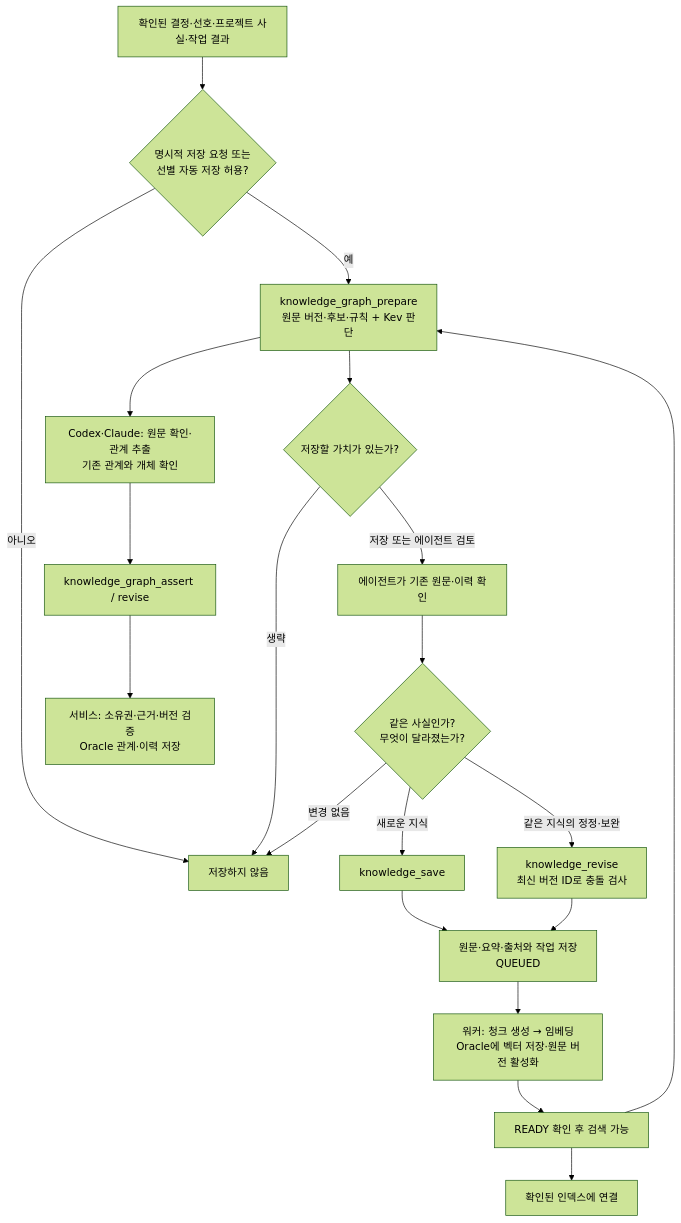
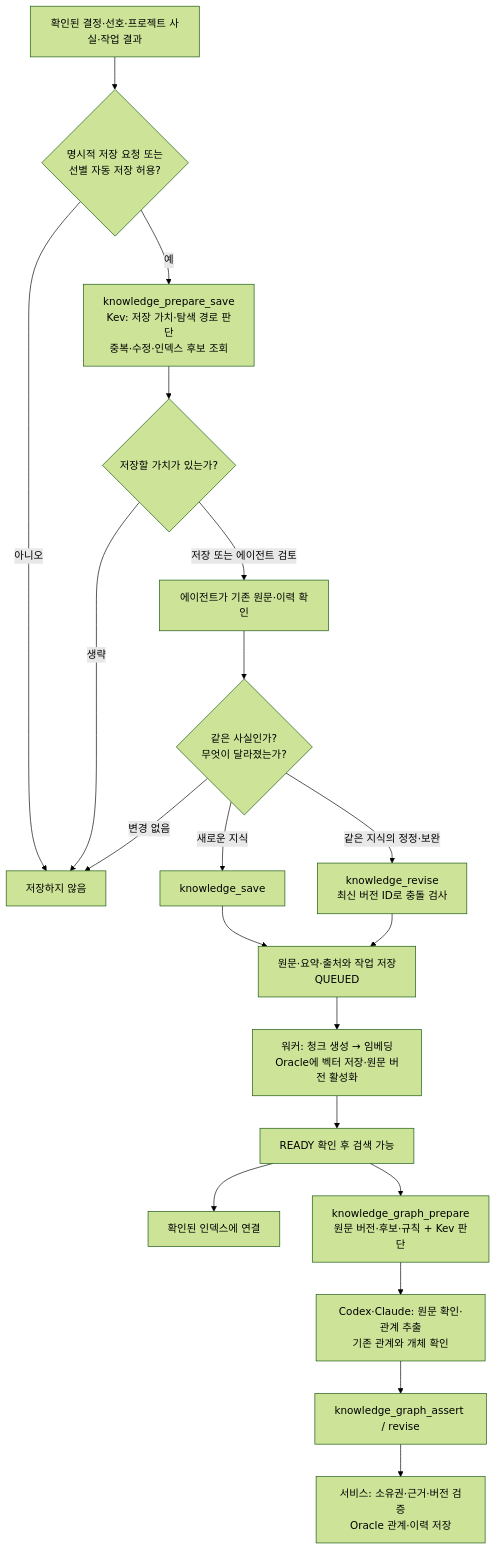
The second of 3 diagrams in README.md (devmrko/adb-agent-knowledge), drawn with Mermaid (forest theme) before and after one commit. The commit also changed other lines of this file and 2 other files, not shown here.

Commit message:
docs: align workflows with principles agent memory and business knowledge

````diff
--- a/README.md
+++ b/README.md
@@ -107,22 +122,22 @@
 ```mermaid
 flowchart TD
     Candidate["확인된 결정·선호·프로젝트 사실·작업 결과"] --> Consent{"명시적 저장 요청 또는<br/>선별 자동 저장 허용?"}
     Consent -->|아니오| Stop["저장하지 않음"]
     Consent -->|예| Prepare["knowledge_prepare_save<br/>Kev: 저장 가치·탐색 경로 판단<br/>중복·수정·인덱스 후보 조회"]
     Prepare --> Worth{"저장할 가치가 있는가?"}
     Worth -->|생략| Stop
     Worth -->|저장 또는 에이전트 검토| Inspect["에이전트가 기존 원문·이력 확인"]
     Inspect --> Choice{"같은 사실인가?<br/>무엇이 달라졌는가?"}
     Choice -->|변경 없음| Stop
     Choice -->|새로운 지식| Save["knowledge_save"]
     Choice -->|같은 지식의 정정·보완| Revise["knowledge_revise<br/>최신 버전 ID로 충돌 검사"]
     Save --> Queue["원문·요약·출처와 작업 저장<br/>QUEUED"]
     Revise --> Queue
     Queue --> Worker["워커: 청크 생성 → 임베딩<br/>Oracle에 벡터 저장·원문 버전 활성화"]
     Worker --> Ready["READY 확인 후 검색 가능"]
     Ready --> Index["확인된 인덱스에 연결"]
-    Ready --> Prepare["knowledge_graph_prepare<br/>원문 버전·후보·규칙 + Kev 판단"]
-    Prepare --> AgentGraph["Codex·Claude: 원문 확인·관계 추출<br/>기존 관계와 개체 확인"]
+    Ready --> GraphPrepare["knowledge_graph_prepare<br/>원문 버전·후보·규칙 + Kev 판단"]
+    GraphPrepare --> AgentGraph["Codex·Claude: 원문 확인·관계 추출<br/>기존 관계와 개체 확인"]
     AgentGraph --> Assert["knowledge_graph_assert / revise"]
     Assert --> Publish["서비스: 소유권·근거·버전 검증<br/>Oracle 관계·이력 저장"]
 ```
````
